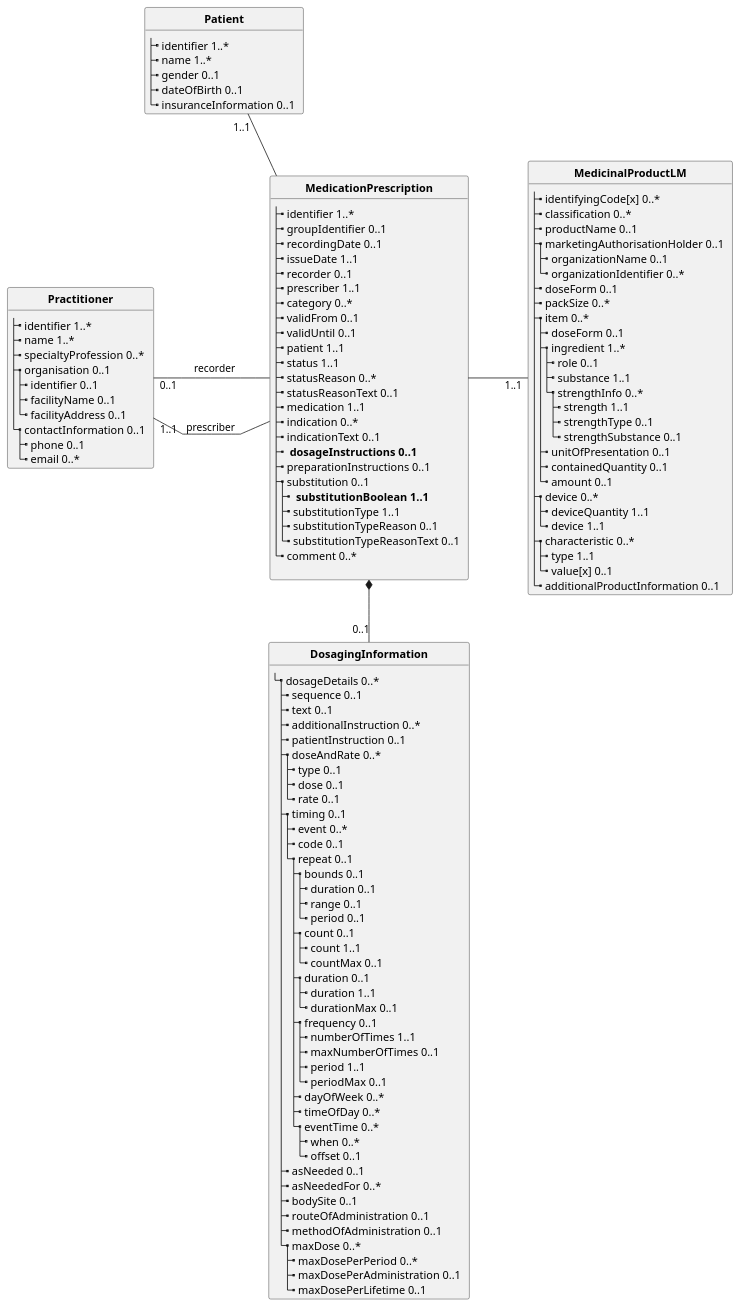
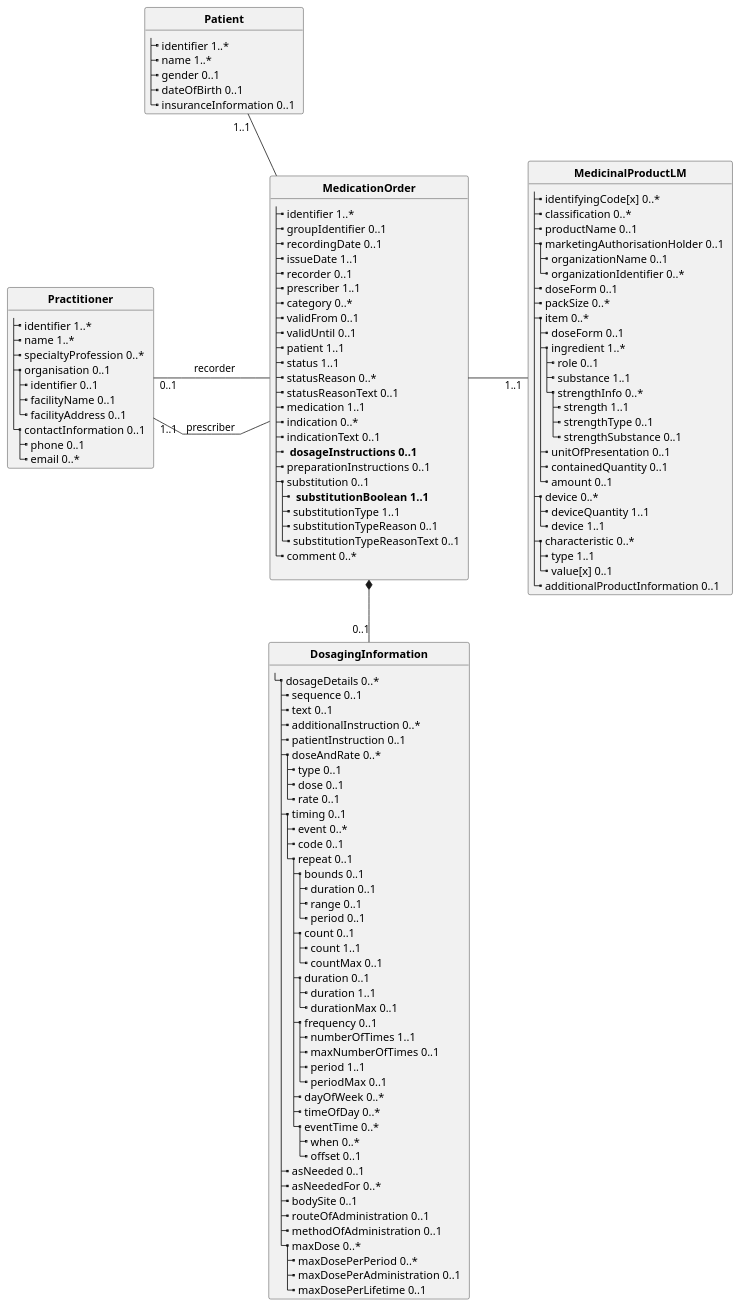
The diagram in input/images-source/overall-model.plantuml (IHE/pharm-mpd), drawn with PlantUML before and after one commit. The commit also changed 29 other files, not shown here.

Commit message:
work on capstatements and actors, architecture

```diff
--- a/input/images-source/overall-model.plantuml
+++ b/input/images-source/overall-model.plantuml
@@ -1,147 +1,147 @@
 @startuml
 skinparam linetype polyline
 hide circle
 hide stereotype
 
-class "**MedicationPrescription**" as MedicationPrescription {
+class "**MedicationOrder**" as MedicationOrder {
   |_ identifier 1..*   
   |_ groupIdentifier 0..1   
   |_ recordingDate 0..1   
   |_ issueDate 1..1   
   |_ recorder 0..1   
   |_ prescriber 1..1   
   |_ category 0..*   
   |_ validFrom 0..1   
   |_ validUntil 0..1   
   |_ patient 1..1   
   |_ status 1..1   
   |_ statusReason 0..*   
   |_ statusReasonText 0..1   
   |_ medication 1..1   
   |_ indication 0..*   
   |_ indicationText 0..1   
   |_ ** dosageInstructions 0..1  **
   |_ preparationInstructions 0..1   
   |_ substitution 0..1   
     |_ ** substitutionBoolean 1..1 **  
     |_ substitutionType 1..1   
     |_ substitutionTypeReason 0..1   
     |_ substitutionTypeReasonText 0..1   
   |_ comment 0..*   
 
 }
 
 class "**MedicinalProductLM**" as MedicinalProductLM {
   |_ identifyingCode[x] 0..*   
   |_ classification 0..*   
   |_ productName 0..1   
   |_ marketingAuthorisationHolder 0..1   
     |_ organizationName 0..1   
     |_ organizationIdentifier 0..*   
   |_ doseForm 0..1   
   |_ packSize 0..*   
   |_ item 0..*   
     |_ doseForm 0..1   
     |_ ingredient 1..*   
       |_ role 0..1   
       |_ substance 1..1   
       |_ strengthInfo 0..*   
         |_ strength 1..1   
         |_ strengthType 0..1   
         |_ strengthSubstance 0..1   
     |_ unitOfPresentation 0..1   
     |_ containedQuantity 0..1   
     |_ amount 0..1   
   |_ device 0..*   
     |_ deviceQuantity 1..1   
     |_ device 1..1   
   |_ characteristic 0..*   
     |_ type 1..1   
     |_ value[x] 0..1   
   |_ additionalProductInformation 0..1   
 }
 
 
 class "**DosagingInformation**" as DosagingInformation {
   |_ dosageDetails 0..* 
     |_ sequence 0..1   
     |_ text 0..1   
     |_ additionalInstruction 0..*   
     |_ patientInstruction 0..1   
     |_ doseAndRate 0..*   
       |_ type 0..1   
       |_ dose 0..1   
       |_ rate 0..1   
     |_ timing 0..1   
       |_ event 0..*   
       |_ code 0..1   
       |_ repeat 0..1   
         |_ bounds 0..1   
           |_ duration 0..1   
           |_ range 0..1   
           |_ period 0..1   
         |_ count 0..1   
           |_ count 1..1   
           |_ countMax 0..1   
         |_ duration 0..1   
           |_ duration 1..1   
           |_ durationMax 0..1   
         |_ frequency 0..1   
           |_ numberOfTimes 1..1   
           |_ maxNumberOfTimes 0..1   
           |_ period 1..1   
           |_ periodMax 0..1   
         |_ dayOfWeek 0..*   
         |_ timeOfDay 0..*   
         |_ eventTime 0..*   
           |_ when 0..*   
           |_ offset 0..1   
     |_ asNeeded 0..1   
     |_ asNeededFor 0..*   
     |_ bodySite 0..1   
     |_ routeOfAdministration 0..1   
     |_ methodOfAdministration 0..1   
     |_ maxDose 0..*   
       |_ maxDosePerPeriod 0..*   
       |_ maxDosePerAdministration 0..1   
       |_ maxDosePerLifetime 0..1   
 }
 
 
 class "**Patient**" as PatientBasic {
   |_ identifier 1..*   
   |_ name 1..*   
   |_ gender 0..1   
   |_ dateOfBirth 0..1   
   |_ insuranceInformation 0..1   
 }
 
 class "**Practitioner**" as PractitionerBasic {
   |_ identifier 1..*   
   |_ name 1..*   
   |_ specialtyProfession 0..*   
   |_ organisation 0..1   
     |_ identifier 0..1   
     |_ facilityName 0..1   
     |_ facilityAddress 0..1   
   |_ contactInformation 0..1   
     |_ phone 0..1   
     |_ email 0..*   
 }
 
 
 
 
-MedicationPrescription -r- "1..1" MedicinalProductLM : "            "
-MedicationPrescription *-d- "0..1" DosagingInformation 
+MedicationOrder -r- "1..1" MedicinalProductLM : "            "
+MedicationOrder *-d- "0..1" DosagingInformation 
 
-PatientBasic "1..1" -r- MedicationPrescription 
-PractitionerBasic "0..1" -[hidden]r- MedicationPrescription : " prescriber  "
-PractitionerBasic "0..1" -r- MedicationPrescription : "   \t  recorder        "
-PractitionerBasic "0..1" -[hidden]r- MedicationPrescription : " prescriber  "
-PractitionerBasic "0..1" -[hidden]r- MedicationPrescription : " prescriber  "
-PractitionerBasic "0..1" -[hidden]r- MedicationPrescription : " prescriber  "
-PractitionerBasic "1..1" -r- MedicationPrescription : " prescriber  "
+PatientBasic "1..1" -r- MedicationOrder 
+PractitionerBasic "0..1" -[hidden]r- MedicationOrder : " prescriber  "
+PractitionerBasic "0..1" -r- MedicationOrder : "   \t  recorder        "
+PractitionerBasic "0..1" -[hidden]r- MedicationOrder : " prescriber  "
+PractitionerBasic "0..1" -[hidden]r- MedicationOrder : " prescriber  "
+PractitionerBasic "0..1" -[hidden]r- MedicationOrder : " prescriber  "
+PractitionerBasic "1..1" -r- MedicationOrder : " prescriber  "
 
 PatientBasic -d[hidden]- PractitionerBasic
 @enduml
```
